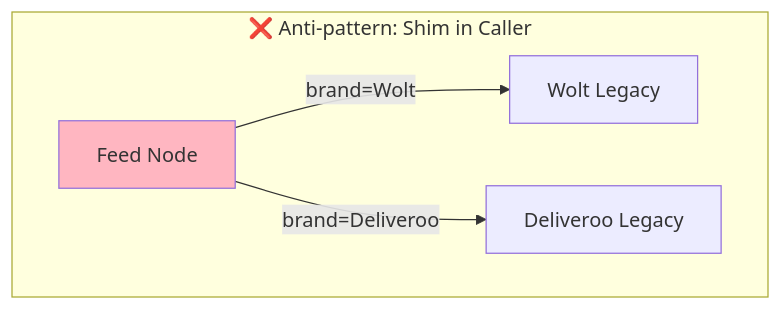
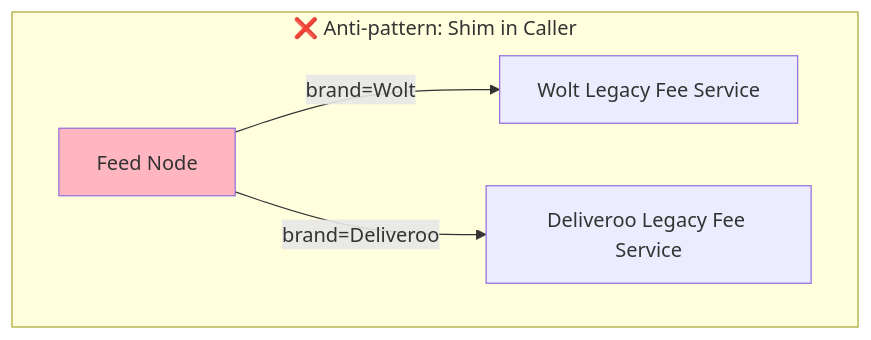
The first of 3 diagrams in shim/shim-design-principles.md (zhengli-sun/docs), drawn with Mermaid before and after one commit. The commit also changed other lines of this file, not shown here.

````diff
--- a/shim/shim-design-principles.md
+++ b/shim/shim-design-principles.md
@@ -48,9 +48,9 @@
 ```mermaid
 flowchart TB
     subgraph "❌ Anti-pattern: Shim in Caller"
-        F1[Feed Node] -->|"brand=Wolt"| DD1[Wolt Legacy]
-        F1 -->|"brand=Deliveroo"| W1[Deliveroo Legacy]
+        F1[Feed Node] -->|"brand=Wolt"| DD1[Wolt Legacy Fee Service]
+        F1 -->|"brand=Deliveroo"| W1[Deliveroo Legacy Fee Service]
         
         style F1 fill:#FFB6C1
     end
 ```
````
